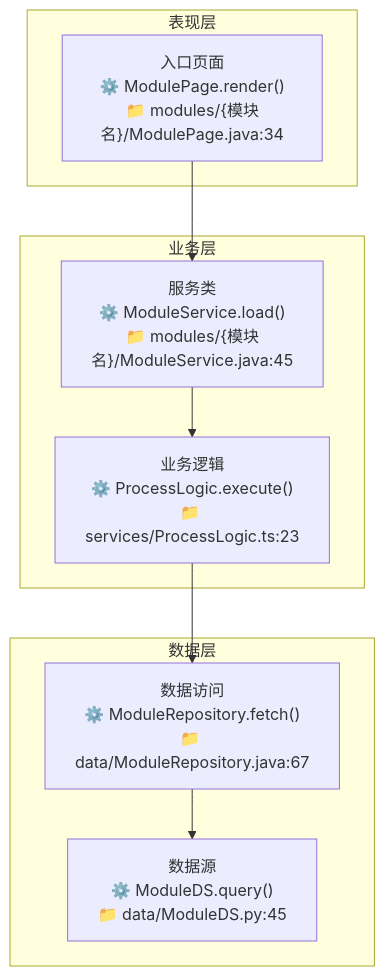
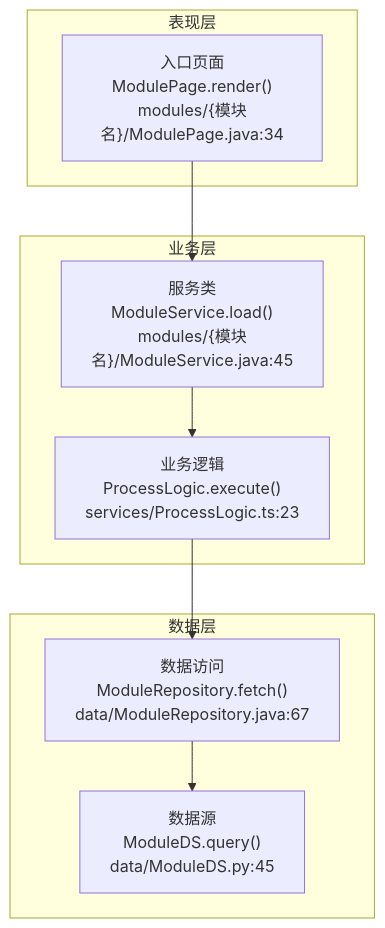
One commit to CaostGrace/project-arch-reverse changed diagram 11 of 12 in references/template.md. Above: the diagram before and after it, drawn with Mermaid. The commit also changed other lines of this file and 10 other files, not shown here.

Commit message:
fix: 修复 12.1 流程图 Mermaid 渲染问题 - 结构重组+节点引号+形状修复

````diff
--- a/references/template.md
+++ b/references/template.md
@@ -583,19 +596,20 @@
 ```mermaid
 flowchart TB
     subgraph UI[表现层]
-        A["入口页面<br/>⚙️ ModulePage.render()<br/>📁 modules/{模块名}/ModulePage.java:34"]
+        A["入口页面<br>ModulePage.render()<br>modules/{模块名}/ModulePage.java:34"]
     end
     subgraph Logic[业务层]
-        B["服务类<br/>⚙️ ModuleService.load()<br/>📁 modules/{模块名}/ModuleService.java:45"]
-        C["业务逻辑<br/>⚙️ ProcessLogic.execute()<br/>📁 services/ProcessLogic.ts:23"]
+        B["服务类<br>ModuleService.load()<br>modules/{模块名}/ModuleService.java:45"]
+        C["业务逻辑<br>ProcessLogic.execute()<br>services/ProcessLogic.ts:23"]
     end
     subgraph Data[数据层]
-        D["数据访问<br/>⚙️ ModuleRepository.fetch()<br/>📁 data/ModuleRepository.java:67"]
-        E["数据源<br/>⚙️ ModuleDS.query()<br/>📁 data/ModuleDS.py:45"]
+        D["数据访问<br>ModuleRepository.fetch()<br>data/ModuleRepository.java:67"]
+        E["数据源<br>ModuleDS.query()<br>data/ModuleDS.py:45"]
     end
 
-    A --> B
-    B --> C
-    C --> D
-    D --> E
+
+A --> B
+B --> C
+C --> D
+D --> E
 ```
````
